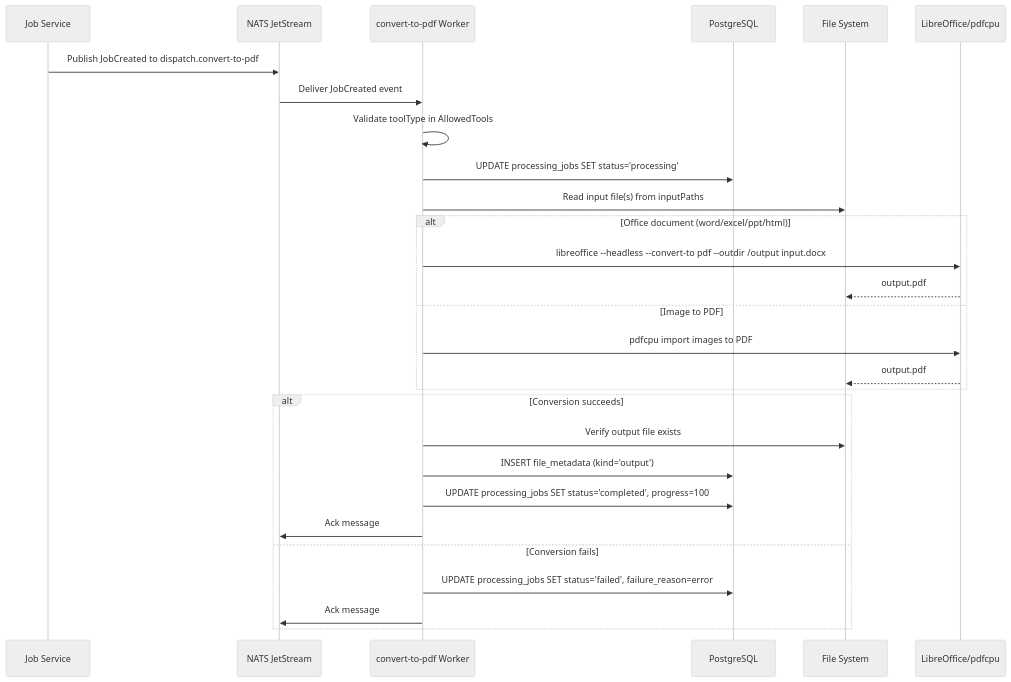
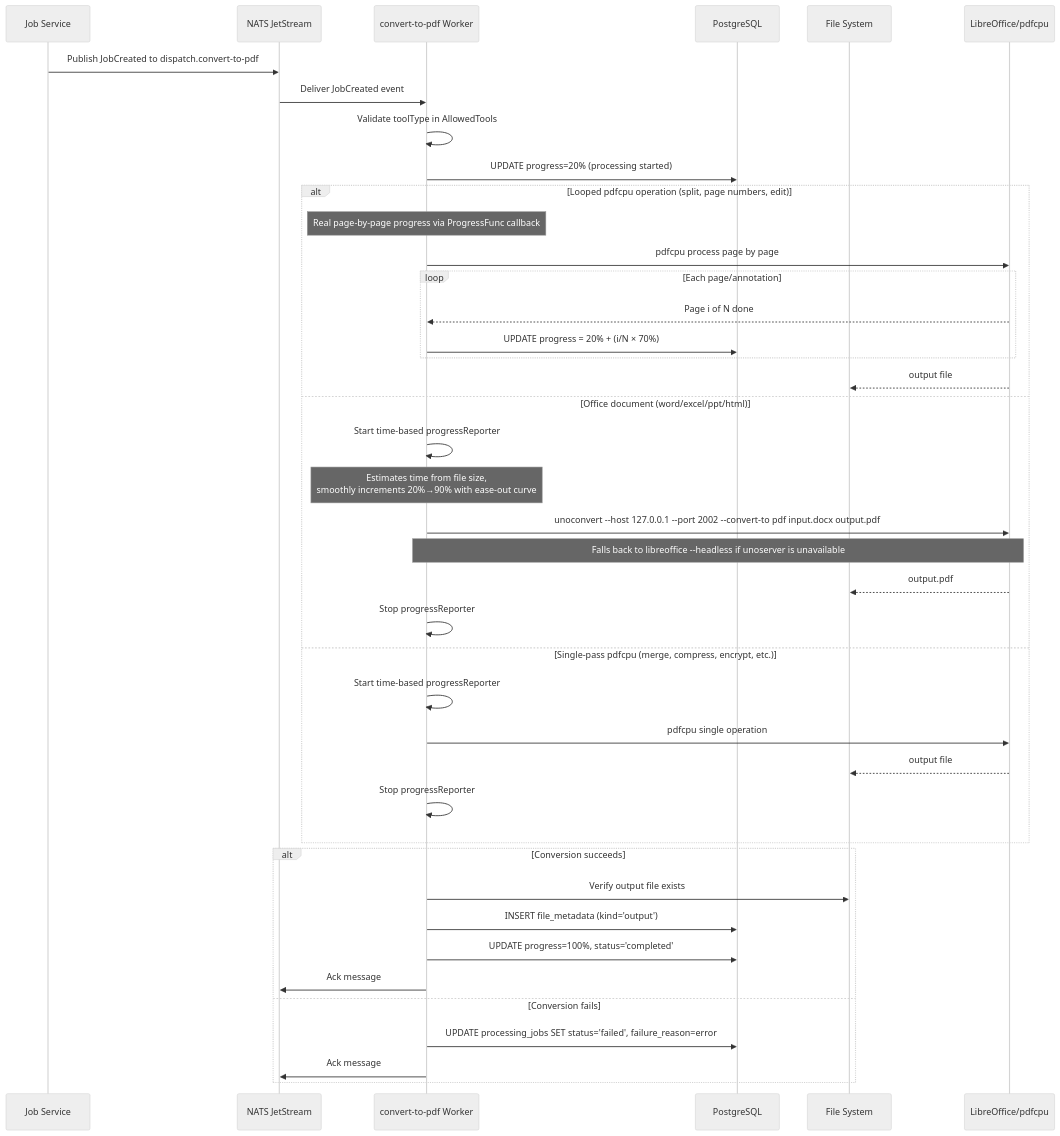
One commit to Prachidubey2003/fyredocs_backend changed the first of 3 diagrams in docs/services/CONVERT_TO_PDF.md. Above: the diagram before and after it, drawn with Mermaid (neutral theme). The commit also changed other lines of this file and 11 other files, not shown here.

First line of the commit message:
Add concurrent worker processing with smooth progress reporting

````diff
--- a/docs/services/CONVERT_TO_PDF.md
+++ b/docs/services/CONVERT_TO_PDF.md
@@ -466,35 +484,47 @@
 ```mermaid
 sequenceDiagram
     participant JS as Job Service
     participant NATS as NATS JetStream
     participant W as convert-to-pdf Worker
     participant DB as PostgreSQL
     participant FS as File System
     participant LO as LibreOffice/pdfcpu
 
     JS->>NATS: Publish JobCreated to dispatch.convert-to-pdf
     NATS->>W: Deliver JobCreated event
 
     W->>W: Validate toolType in AllowedTools
-    W->>DB: UPDATE processing_jobs SET status='processing'
+    W->>DB: UPDATE progress=20% (processing started)
 
-    W->>FS: Read input file(s) from inputPaths
-
-    alt Office document (word/excel/ppt/html)
-        W->>LO: libreoffice --headless --convert-to pdf --outdir /output input.docx
+    alt Looped pdfcpu operation (split, page numbers, edit)
+        Note over W: Real page-by-page progress via ProgressFunc callback
+        W->>LO: pdfcpu process page by page
+        loop Each page/annotation
+            LO-->>W: Page i of N done
+            W->>DB: UPDATE progress = 20% + (i/N × 70%)
+        end
+        LO-->>FS: output file
+    else Office document (word/excel/ppt/html)
+        W->>W: Start time-based progressReporter
+        Note over W: Estimates time from file size,<br/>smoothly increments 20%→90% with ease-out curve
+        W->>LO: unoconvert --host 127.0.0.1 --port 2002 --convert-to pdf input.docx output.pdf
+        Note over W,LO: Falls back to libreoffice --headless if unoserver is unavailable
         LO-->>FS: output.pdf
-    else Image to PDF
-        W->>LO: pdfcpu import images to PDF
-        LO-->>FS: output.pdf
+        W->>W: Stop progressReporter
+    else Single-pass pdfcpu (merge, compress, encrypt, etc.)
+        W->>W: Start time-based progressReporter
+        W->>LO: pdfcpu single operation
+        LO-->>FS: output file
+        W->>W: Stop progressReporter
     end
 
     alt Conversion succeeds
         W->>FS: Verify output file exists
         W->>DB: INSERT file_metadata (kind='output')
-        W->>DB: UPDATE processing_jobs SET status='completed', progress=100
+        W->>DB: UPDATE progress=100%, status='completed'
         W->>NATS: Ack message
     else Conversion fails
         W->>DB: UPDATE processing_jobs SET status='failed', failure_reason=error
         W->>NATS: Ack message
     end
 ```
````
